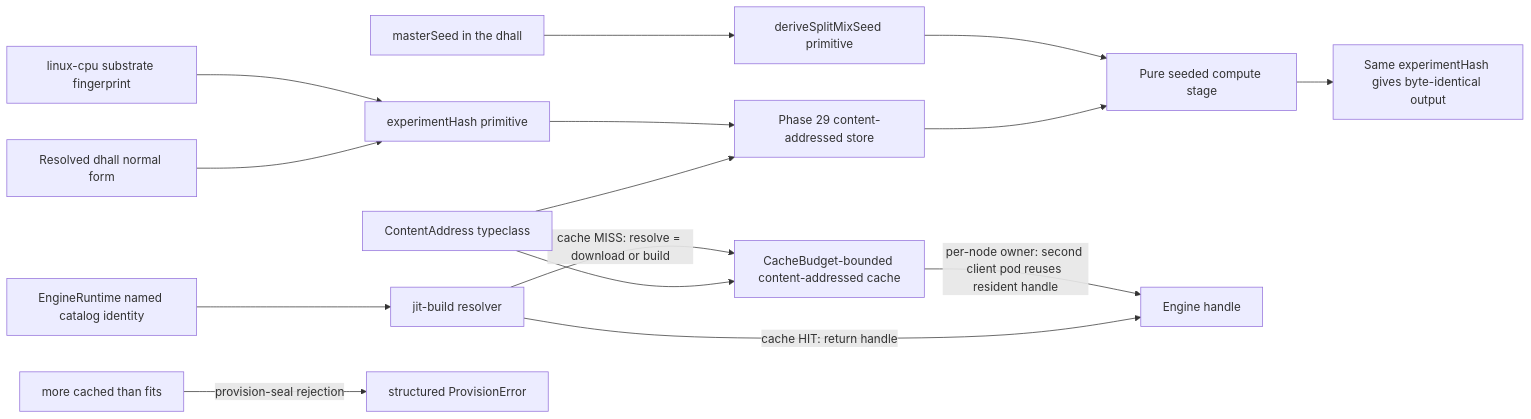
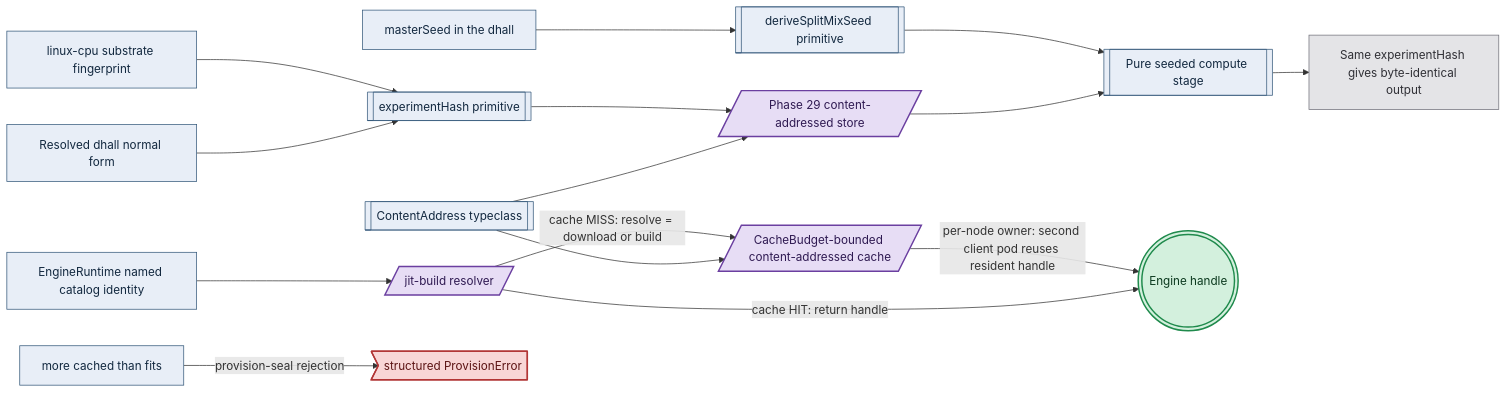
Before and after one commit to Tuee22/amoebius: the diagram in DEVELOPMENT_PLAN/phase_38_determinism_jitcache.md, drawn with Mermaid. The commit also changed other lines of this file and 36 other files, not shown here.

````diff
--- a/DEVELOPMENT_PLAN/phase_38_determinism_jitcache.md
+++ b/DEVELOPMENT_PLAN/phase_38_determinism_jitcache.md
@@ -85,17 +87,22 @@
 ```mermaid
 flowchart LR
-  dhall[Resolved dhall normal form] --> eh[experimentHash primitive]
-  subfp[linux-cpu substrate fingerprint] --> eh
-  ca[ContentAddress typeclass] --> store[Phase 29 content-addressed store]
+  dhall["Resolved dhall normal form"]:::intent --> eh[["experimentHash primitive"]]:::intent
+  subfp["linux-cpu substrate fingerprint"]:::intent --> eh
+  ca[["ContentAddress typeclass"]]:::intent --> store[/"Phase 29 content-addressed store"/]:::effect
   eh --> store
-  master[masterSeed in the dhall] --> seed[deriveSplitMixSeed primitive]
-  store --> stage[Pure seeded compute stage]
+  master["masterSeed in the dhall"]:::intent --> seed[["deriveSplitMixSeed primitive"]]:::intent
+  store --> stage[["Pure seeded compute stage"]]:::intent
   seed --> stage
-  stage --> gateA[Same experimentHash gives byte-identical output]
-  ca --> cache[CacheBudget-bounded content-addressed cache]
-  engid[EngineRuntime named catalog identity] --> resolver[jit-build resolver]
-  resolver -->|"cache HIT: return handle"| handle[Engine handle]
+  stage --> gateA["Same experimentHash gives byte-identical output"]:::runtime
+  ca --> cache[/"CacheBudget-bounded content-addressed cache"/]:::effect
+  engid["EngineRuntime named catalog identity"]:::intent --> resolver[/"jit-build resolver"/]:::effect
+  resolver -->|"cache HIT: return handle"| handle((("Engine handle"))):::seal
   resolver -->|"cache MISS: resolve = download or build"| cache
   cache -->|"per-node owner: second client pod reuses resident handle"| handle
-  overbudget[more cached than fits] -->|provision-seal rejection| reject[structured ProvisionError]
+  overbudget["more cached than fits"]:::intent -->|provision-seal rejection| reject>"structured ProvisionError"]:::refuse
+  classDef intent   fill:#e8eef7,stroke:#33587a,color:#12283f,stroke-width:1px
+  classDef effect   fill:#e7ddf5,stroke:#6b3fa0,color:#2f1a52,stroke-width:2px
+  classDef runtime  fill:#e4e4e7,stroke:#71717a,color:#2f2f35,stroke-width:1px
+  classDef seal     fill:#d3f0dd,stroke:#1f8a4c,color:#0c3a1f,stroke-width:2px
+  classDef refuse   fill:#f8d6d6,stroke:#b23636,color:#5c1414,stroke-width:2px
 ```
````
